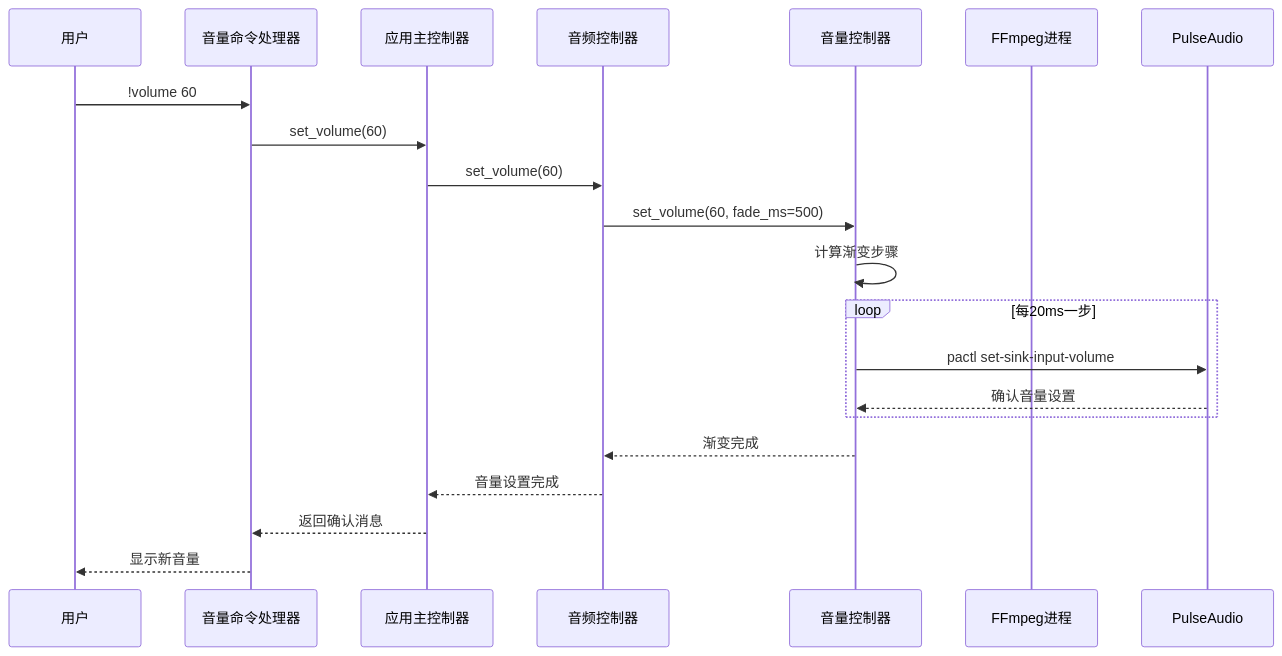
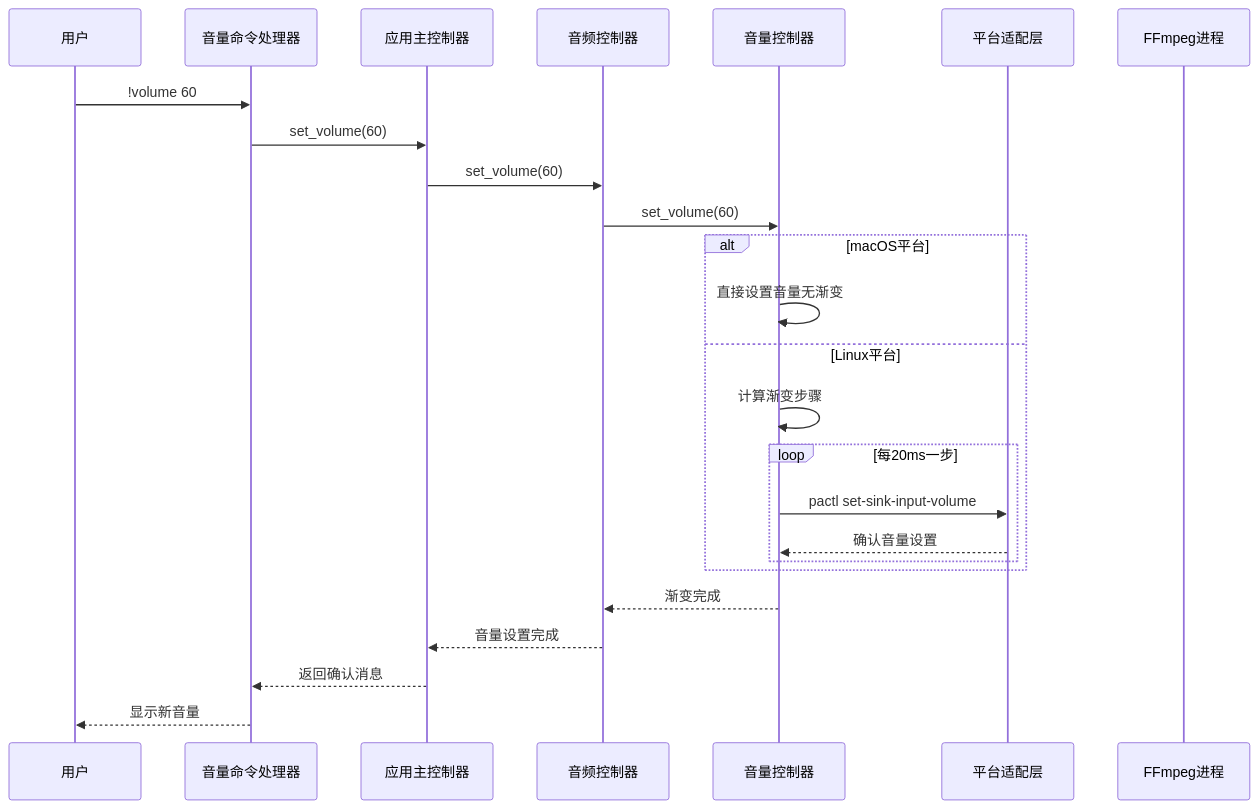
One commit to GhoulOwl/Teamspeak3_Bot changed the second of 7 diagrams in .qoder/repowiki/zh/content/音乐播放系统/音量控制系统.md. Above: the diagram before and after it, drawn with Mermaid. The commit also changed other lines of this file and 7 other files, not shown here.

````diff
--- a/.qoder/repowiki/zh/content/音乐播放系统/音量控制系统.md
+++ b/.qoder/repowiki/zh/content/音乐播放系统/音量控制系统.md
@@ -110,23 +125,27 @@
 ```mermaid
 sequenceDiagram
 participant User as 用户
 participant Handler as 音量命令处理器
 participant App as 应用主控制器
 participant Audio as 音频控制器
 participant Volume as 音量控制器
+participant Platform as 平台适配层
 participant FFmpeg as FFmpeg进程
-participant Pulse as PulseAudio
 User->>Handler : !volume 60
 Handler->>App : set_volume(60)
 App->>Audio : set_volume(60)
-Audio->>Volume : set_volume(60, fade_ms=500)
+Audio->>Volume : set_volume(60)
+alt macOS平台
+Volume->>Volume : 直接设置音量无渐变
+else Linux平台
 Volume->>Volume : 计算渐变步骤
 loop 每20ms一步
-Volume->>Pulse : pactl set-sink-input-volume
-Pulse-->>Volume : 确认音量设置
+Volume->>Platform : pactl set-sink-input-volume
+Platform-->>Volume : 确认音量设置
+end
 end
 Volume-->>Audio : 渐变完成
 Audio-->>App : 音量设置完成
 App-->>Handler : 返回确认消息
 Handler-->>User : 显示新音量
 ```
````
